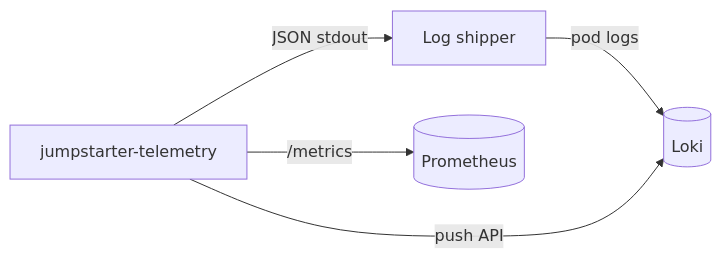
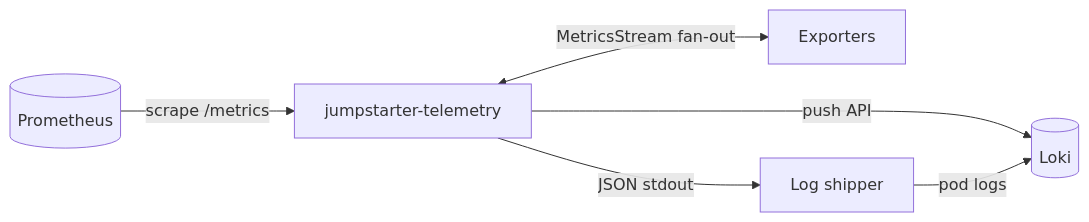
The third of 5 diagrams in python/docs/source/internal/jeps/JEP-0011-observability-telemetry-logs.md (jumpstarter-dev/jumpstarter), drawn with Mermaid before and after one commit. The commit also changed other lines of this file, not shown here.

First line of the commit message:
jep-0011: update data flow diagrams for reverse-scrape model

````diff
--- a/python/docs/source/internal/jeps/JEP-0011-observability-telemetry-logs.md
+++ b/python/docs/source/internal/jeps/JEP-0011-observability-telemetry-logs.md
@@ -1196,7 +1198,8 @@
 ```{mermaid}
 flowchart LR
-  tel[jumpstarter-telemetry] -->|JSON stdout| shipper[Log shipper]
-  shipper -->|pod logs| loki[(Loki)]
-  tel -->|push API| loki
-  tel -->|/metrics| prom[(Prometheus)]
+  prom[(Prometheus)] -->|scrape /metrics| tel[jumpstarter-telemetry]
+  tel <-->|MetricsStream fan-out| exp[Exporters]
+  tel -->|push API| loki[(Loki)]
+  tel -->|JSON stdout| shipper[Log shipper]
+  shipper -->|pod logs| loki
 ```
````
